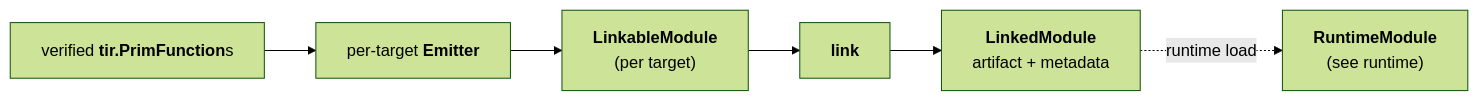
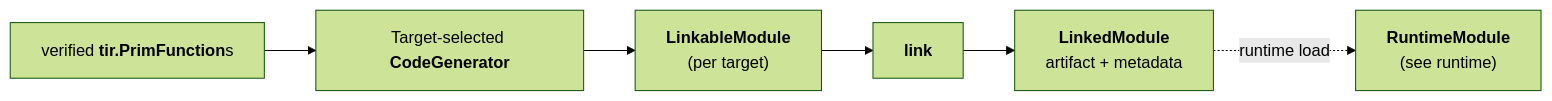
One commit to UranusSeven/TileFoundry changed the diagram in docs/spec/codegen.md. Above: the diagram before and after it, drawn with Mermaid (forest theme). The commit also changed other lines of this file and 100 other files, not shown here.

````diff
--- a/docs/spec/codegen.md
+++ b/docs/spec/codegen.md
@@ -9,12 +9,12 @@
 ```mermaid
 flowchart LR
     TIR["verified <b>tir.PrimFunction</b>s"]
-    Emit["per-target <b>Emitter</b>"]
+    Emit["Target-selected <b>CodeGenerator</b>"]
     LM["<b>LinkableModule</b><br/>(per target)"]
     Link["<b>link</b>"]
     Linked["<b>LinkedModule</b><br/>artifact + metadata"]
     RM["<b>RuntimeModule</b><br/>(see runtime)"]
 
     TIR --> Emit --> LM --> Link --> Linked
     Linked -. runtime load .-> RM
 ```
````
